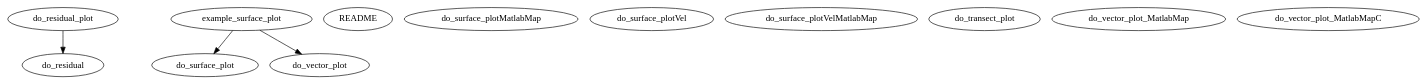
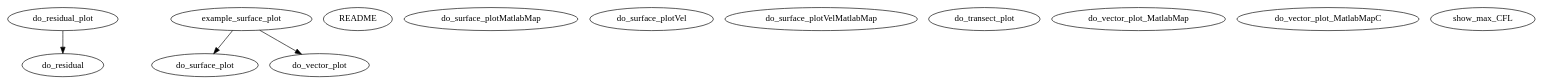
One commit to pwcazenave/fvcom-toolbox changed the diagram in doc/fvcom_postproc/graph.dot. Above: the diagram before and after it, drawn with Graphviz. The commit also changed 256 other files, not shown here.

```diff
--- a/doc/fvcom_postproc/graph.dot
+++ b/doc/fvcom_postproc/graph.dot
@@ -1,19 +1,20 @@
 /* Created by mdot for Matlab */
 digraph m2html {
   do_residual_plot -> do_residual;
   example_surface_plot -> do_surface_plot;
   example_surface_plot -> do_vector_plot;
 
   README [URL="README.html"];
   do_residual [URL="do_residual.html"];
   do_residual_plot [URL="do_residual_plot.html"];
   do_surface_plot [URL="do_surface_plot.html"];
   do_surface_plotMatlabMap [URL="do_surface_plotMatlabMap.html"];
   do_surface_plotVel [URL="do_surface_plotVel.html"];
   do_surface_plotVelMatlabMap [URL="do_surface_plotVelMatlabMap.html"];
   do_transect_plot [URL="do_transect_plot.html"];
   do_vector_plot [URL="do_vector_plot.html"];
   do_vector_plot_MatlabMap [URL="do_vector_plot_MatlabMap.html"];
   do_vector_plot_MatlabMapC [URL="do_vector_plot_MatlabMapC.html"];
   example_surface_plot [URL="example_surface_plot.html"];
+  show_max_CFL [URL="show_max_CFL.html"];
 }
```
